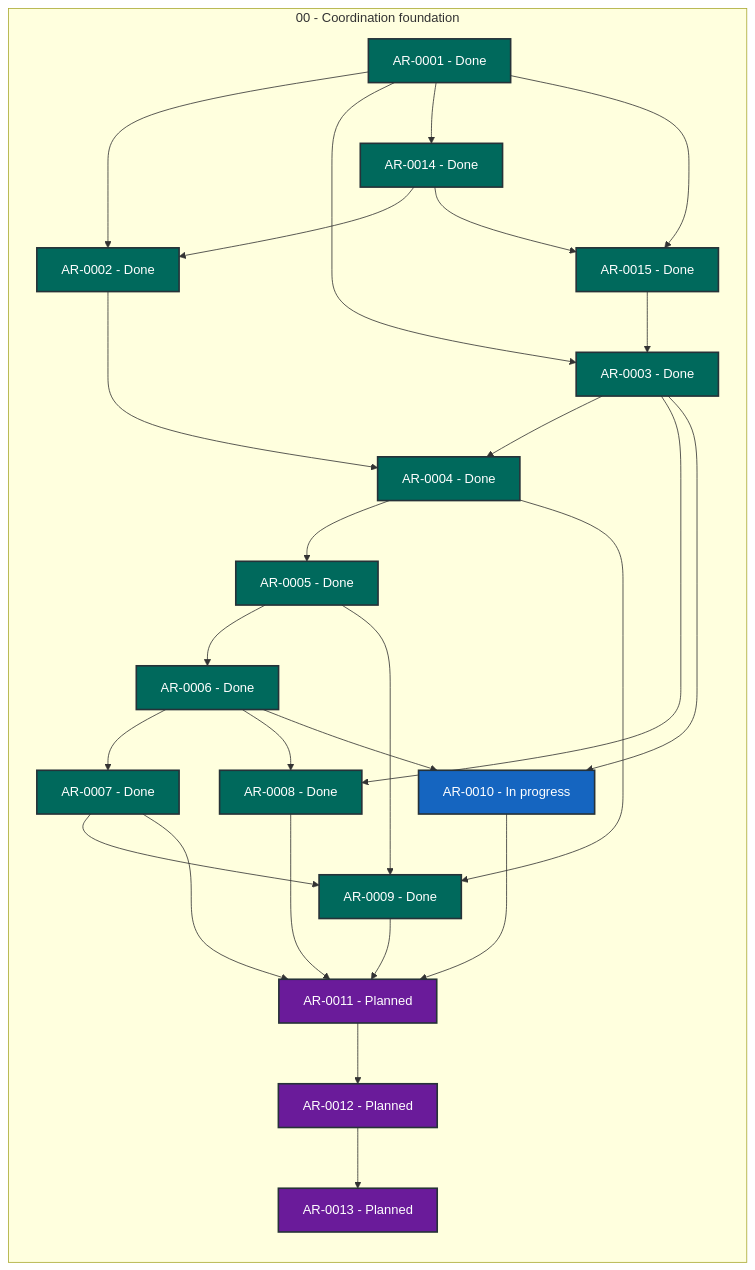
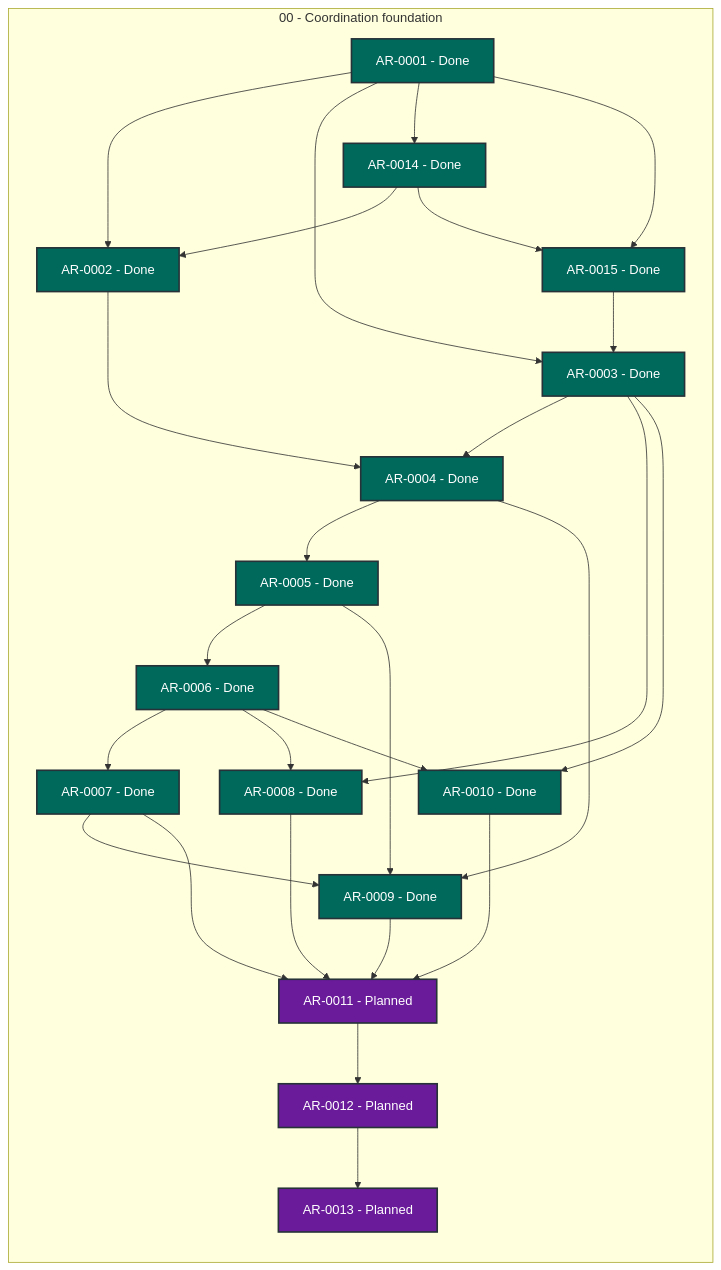
Before and after one commit to martin-beck/agent-workflow-tui-state: the diagram in STATUS.md, drawn with Mermaid. The commit also changed other lines of this file and 2 other files, not shown here.

````diff
--- a/STATUS.md
+++ b/STATUS.md
@@ -27,54 +27,54 @@
 ```mermaid
 flowchart LR
     subgraph series_00["00 - Coordination foundation"]
         direction TB
         AR_0001["AR-0001 - Done"]:::status_done
         AR_0002["AR-0002 - Done"]:::status_done
         AR_0003["AR-0003 - Done"]:::status_done
         AR_0004["AR-0004 - Done"]:::status_done
         AR_0005["AR-0005 - Done"]:::status_done
         AR_0006["AR-0006 - Done"]:::status_done
         AR_0007["AR-0007 - Done"]:::status_done
         AR_0008["AR-0008 - Done"]:::status_done
         AR_0009["AR-0009 - Done"]:::status_done
-        AR_0010["AR-0010 - In progress"]:::status_in_progress
+        AR_0010["AR-0010 - Done"]:::status_done
         AR_0011["AR-0011 - Planned"]:::status_planned
         AR_0012["AR-0012 - Planned"]:::status_planned
         AR_0013["AR-0013 - Planned"]:::status_planned
         AR_0014["AR-0014 - Done"]:::status_done
         AR_0015["AR-0015 - Done"]:::status_done
     end
     AR_0001 --> AR_0002
     AR_0001 --> AR_0003
     AR_0001 --> AR_0014
     AR_0001 --> AR_0015
     AR_0002 --> AR_0004
     AR_0003 --> AR_0004
     AR_0003 --> AR_0008
     AR_0003 --> AR_0010
     AR_0004 --> AR_0005
     AR_0004 --> AR_0009
     AR_0005 --> AR_0006
     AR_0005 --> AR_0009
     AR_0006 --> AR_0007
     AR_0006 --> AR_0008
     AR_0006 --> AR_0010
     AR_0007 --> AR_0009
     AR_0007 --> AR_0011
     AR_0008 --> AR_0011
     AR_0009 --> AR_0011
     AR_0010 --> AR_0011
     AR_0011 --> AR_0012
     AR_0012 --> AR_0013
     AR_0014 --> AR_0002
     AR_0014 --> AR_0015
     AR_0015 --> AR_0003
     classDef status_in_progress fill:#1565c0,color:#ffffff,stroke:#263238,stroke-width:2px
     classDef status_open fill:#2e7d32,color:#ffffff,stroke:#263238,stroke-width:2px
     classDef status_blocked fill:#c62828,color:#ffffff,stroke:#263238,stroke-width:2px
     classDef status_planned fill:#6a1b9a,color:#ffffff,stroke:#263238,stroke-width:2px
     classDef status_future fill:#455a64,color:#ffffff,stroke:#263238,stroke-width:2px
     classDef status_done fill:#00695c,color:#ffffff,stroke:#263238,stroke-width:2px
     classDef status_cancelled fill:#616161,color:#ffffff,stroke:#263238,stroke-width:2px
     classDef status_superseded fill:#5d4037,color:#ffffff,stroke:#263238,stroke-width:2px
 ```
````
